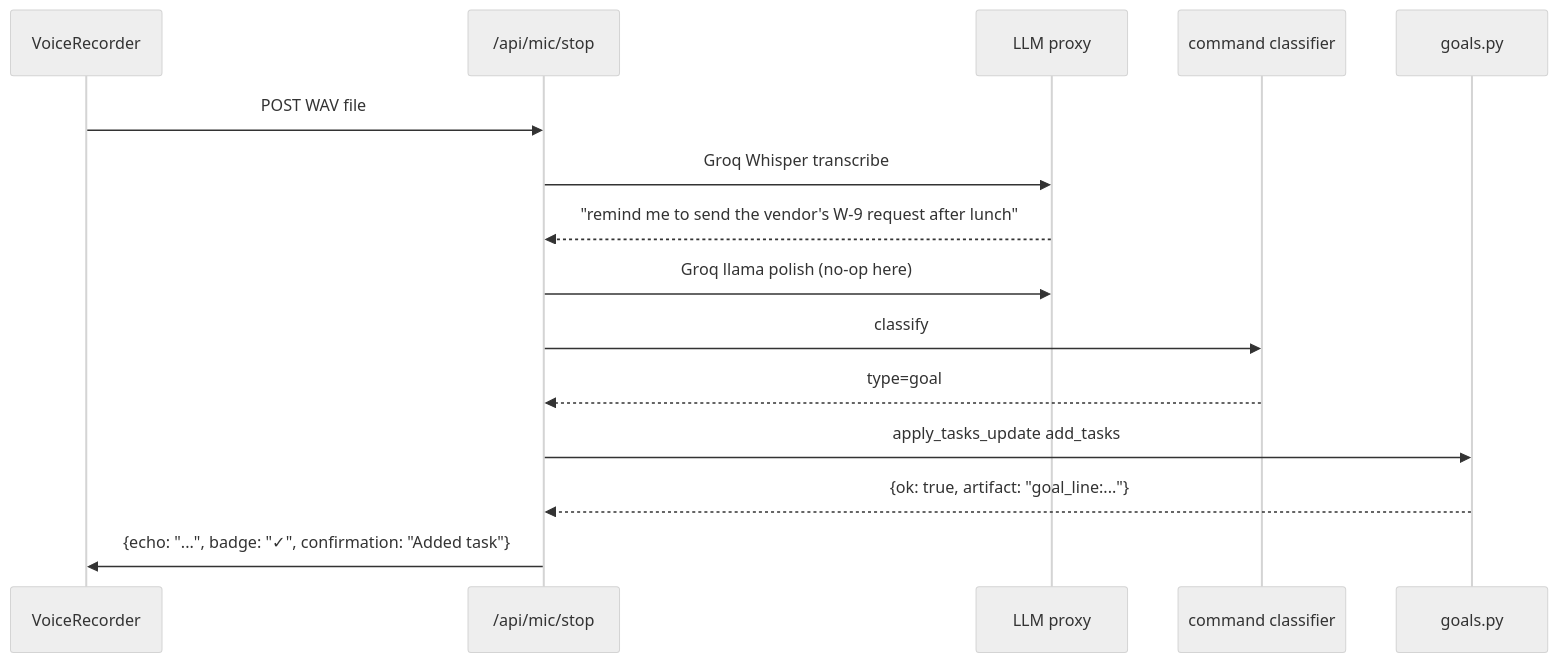
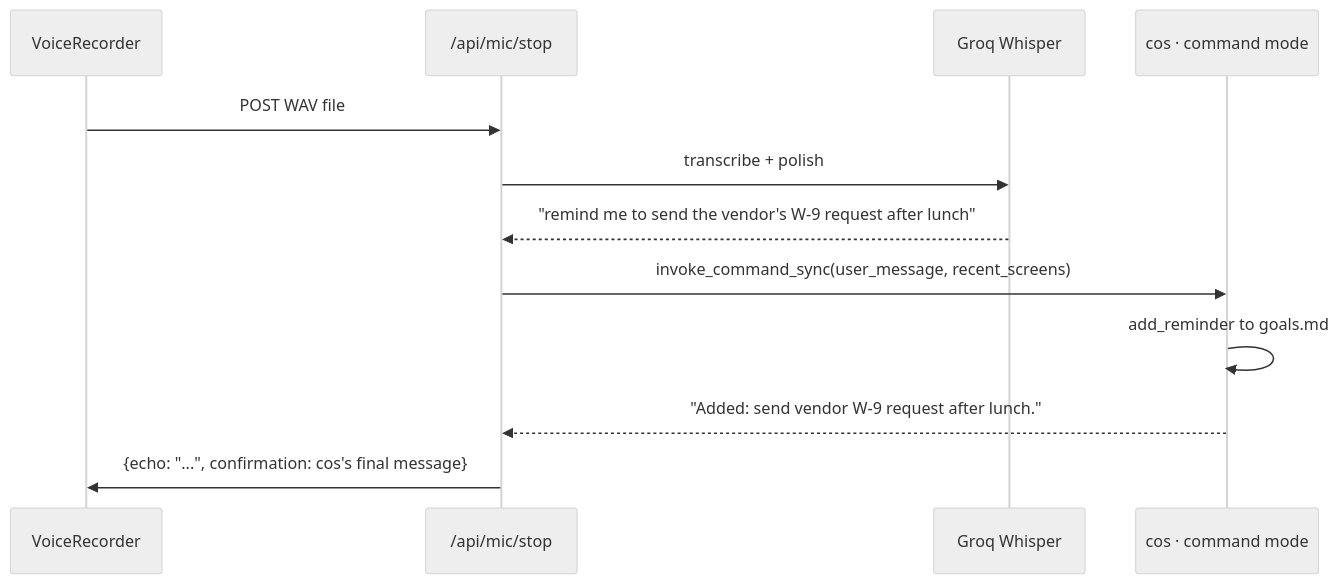
Before and after one commit to dwurtz/lighthouse: the third of 4 diagrams in docs-site/docs/day-in-the-life.md, drawn with Mermaid (neutral theme). The commit also changed other lines of this file and 5 other files, not shown here.

````diff
--- a/docs-site/docs/day-in-the-life.md
+++ b/docs-site/docs/day-in-the-life.md
@@ -83,18 +83,15 @@
 ```mermaid
 sequenceDiagram
     participant Swift as VoiceRecorder
     participant Web as /api/mic/stop
-    participant Proxy as LLM proxy
-    participant Classify as command classifier
-    participant Goals as goals.py
+    participant Whisper as Groq Whisper
+    participant Cos as cos · command mode
 
     Swift->>Web: POST WAV file
-    Web->>Proxy: Groq Whisper transcribe
-    Proxy-->>Web: "remind me to send the vendor's W-9 request after lunch"
-    Web->>Proxy: Groq llama polish (no-op here)
-    Web->>Classify: classify
-    Classify-->>Web: type=goal
-    Web->>Goals: apply_tasks_update add_tasks
-    Goals-->>Web: {ok: true, artifact: "goal_line:..."}
-    Web->>Swift: {echo: "...", badge: "✓", confirmation: "Added task"}
+    Web->>Whisper: transcribe + polish
+    Whisper-->>Web: "remind me to send the vendor's W-9 request after lunch"
+    Web->>Cos: invoke_command_sync(user_message, recent_screens)
+    Cos->>Cos: add_reminder to goals.md
+    Cos-->>Web: "Added: send vendor W-9 request after lunch."
+    Web->>Swift: {echo: "...", confirmation: cos's final message}
 ```
````
